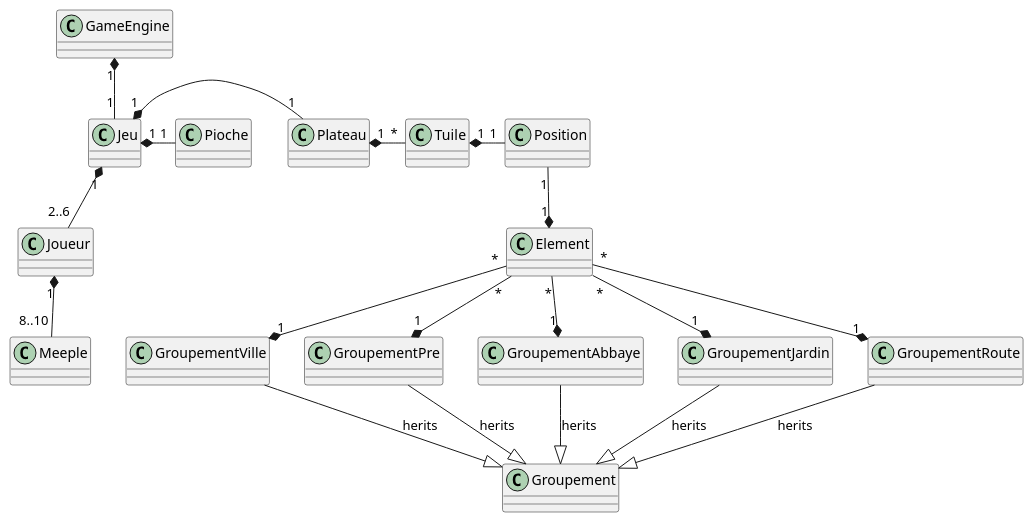
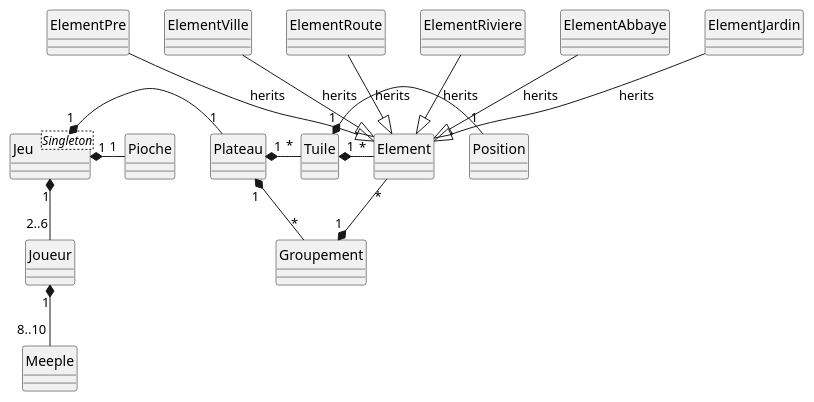
One commit to adrsimon/lo21-carcassone changed the diagram in structuration-du-projet/uml_simplifie.puml. Above: the diagram before and after it, drawn with PlantUML.

Commit message:
Replace uml_simplifie.puml

```diff
--- a/structuration-du-projet/uml_simplifie.puml
+++ b/structuration-du-projet/uml_simplifie.puml
@@ -1,40 +1,81 @@
-class GroupementVille {
+@startuml
+hide circle
+
+
+class Jeu<Singleton> {
 
 }
 
-class GroupementPre {
+class Pioche {
 
 }
 
-class GroupementAbbaye {
+class Plateau {
+
 }
 
-class GroupementJardin {
+class Joueur {
 
 }
+
+class Tuile {
+
+}
+
+class Position {
+
+}
+
+class Element {
+
+}
+class ElementPre{
+
+}
+class ElementVille {
+
+}
+class ElementRoute {
+
+}
+class ElementRiviere {
+
+}
+class ElementAbbaye {
+
+}
+class ElementJardin {
+
+}
+
+class Meeple {
+
+}
+
+
+class Groupement {
+
+}
+ElementRiviere--|> Element : herits
+ElementRoute  --|> Element : herits
+ElementVille  --|>Element : herits
+ElementPre  --|>Element : herits
+ElementAbbaye  --|>Element : herits
+ElementJardin  --|>Element : herits
 
 Jeu "1" *-- "2..6" Joueur
 Jeu "1" *- "1" Plateau
 Jeu "1" *- "1" Pioche
 
-GameEngine "1" *-- "1" Jeu
 
 Joueur "1" *-- "8..10" Meeple
 
 Plateau "1" *- "*" Tuile
 Tuile "1" *- "1" Position
-Position "1" --* "1" Element
+Tuile "1" *- "*" Element
+Plateau "1" *- "*"Groupement
+Element "*" --* "1" Groupement
 
-Element "*" --* "1" GroupementPre
-Element "*" --* "1" GroupementVille
-Element "*" --* "1" GroupementJardin
-Element "*" --* "1" GroupementRoute
-Element "*" --* "1" GroupementAbbaye
 
-GroupementPre  --|> Groupement : herits
-GroupementVille  --|>Groupement : herits
-GroupementJardin  --|>Groupement : herits
-GroupementRoute  --|>Groupement : herits
-GroupementAbbaye  --|>Groupement : herits
 
 @enduml
```
